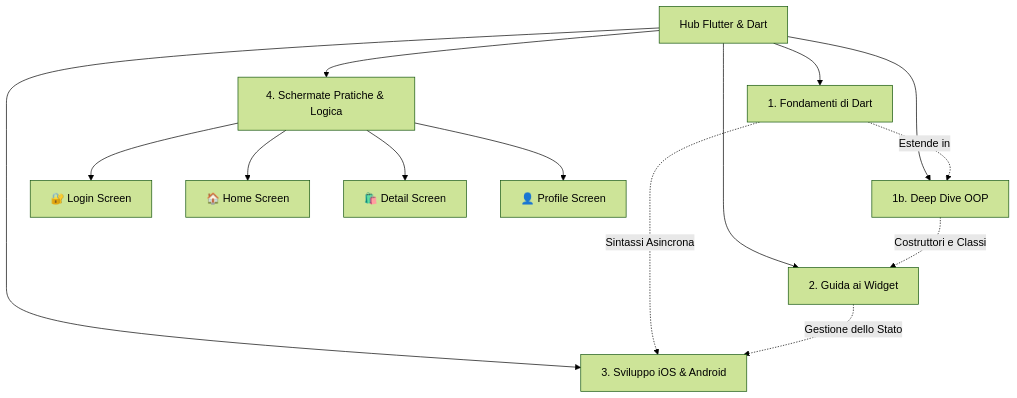
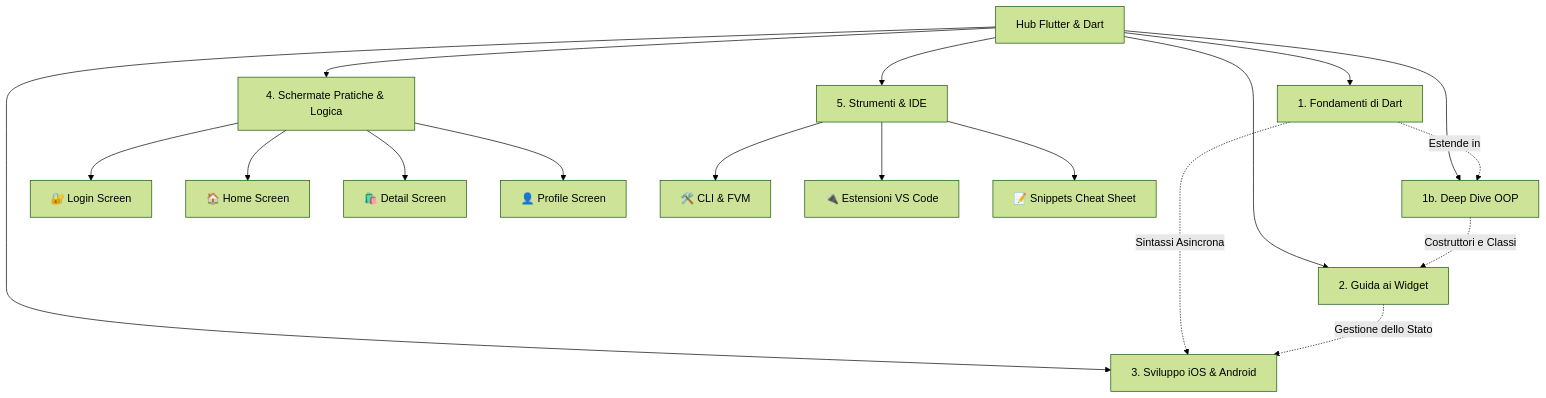
Before and after one commit to Emanuele-01/Obsidian: the diagram in Flutter/index.md, drawn with Mermaid (forest theme). The commit also changed other lines of this file and 4 other files, not shown here.

````diff
--- a/Flutter/index.md
+++ b/Flutter/index.md
@@ -11,18 +11,23 @@
 ```mermaid
 graph TD
     Index[Hub Flutter & Dart] --> Dart[1. Fondamenti di Dart]
     Index --> OOP[1b. Deep Dive OOP]
     Index --> Widgets[2. Guida ai Widget]
     Index --> Techniques[3. Sviluppo iOS & Android]
     Index --> Screens[4. Schermate Pratiche & Logica]
+    Index --> Tools[5. Strumenti & IDE]
     
     Dart -.->|Estende in| OOP
     Dart -.->|Sintassi Asincrona| Techniques
+    OOP -.->|Costruttori e Classi| Widgets
     Widgets -.->|Gestione dello Stato| Techniques
-    OOP -.->|Costruttori e Classi| Widgets
     
     Screens --> Login[🔐 Login Screen]
     Screens --> Home[🏠 Home Screen]
     Screens --> Detail[🛍️ Detail Screen]
     Screens --> Profile[👤 Profile Screen]
+    
+    Tools --> CLI[🛠️ CLI & FVM]
+    Tools --> VSCode[🔌 Estensioni VS Code]
+    Tools --> Snippets[📝 Snippets Cheat Sheet]
 ```
````
